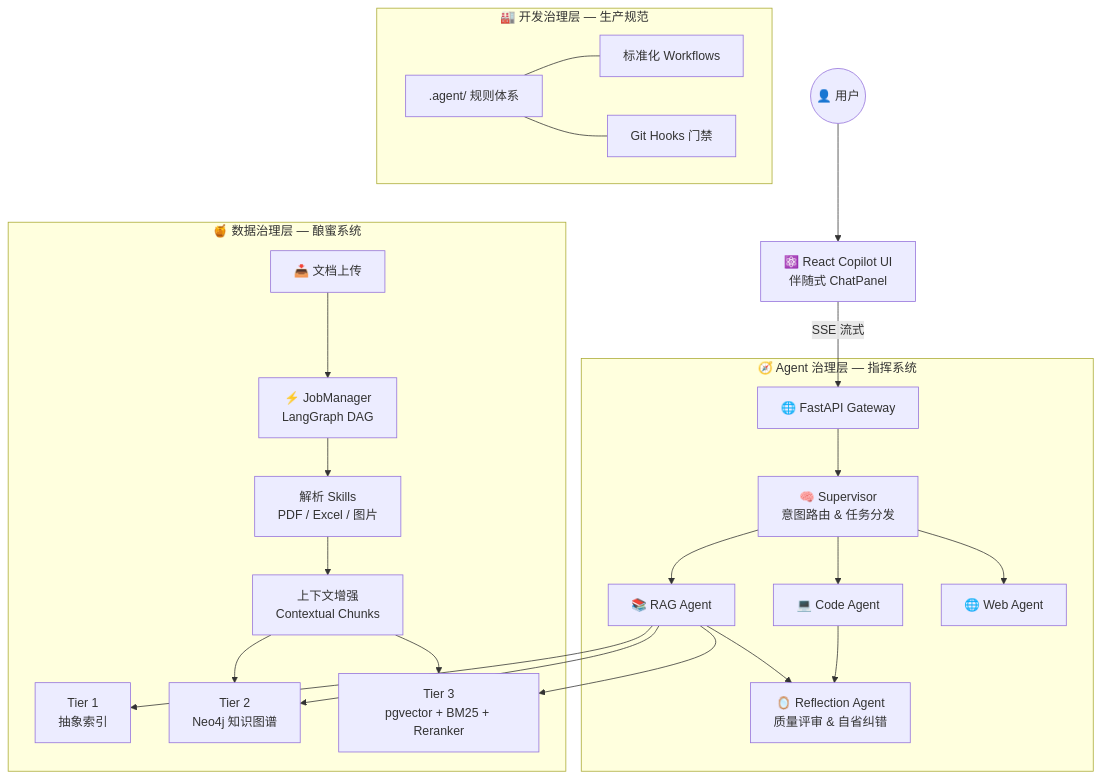
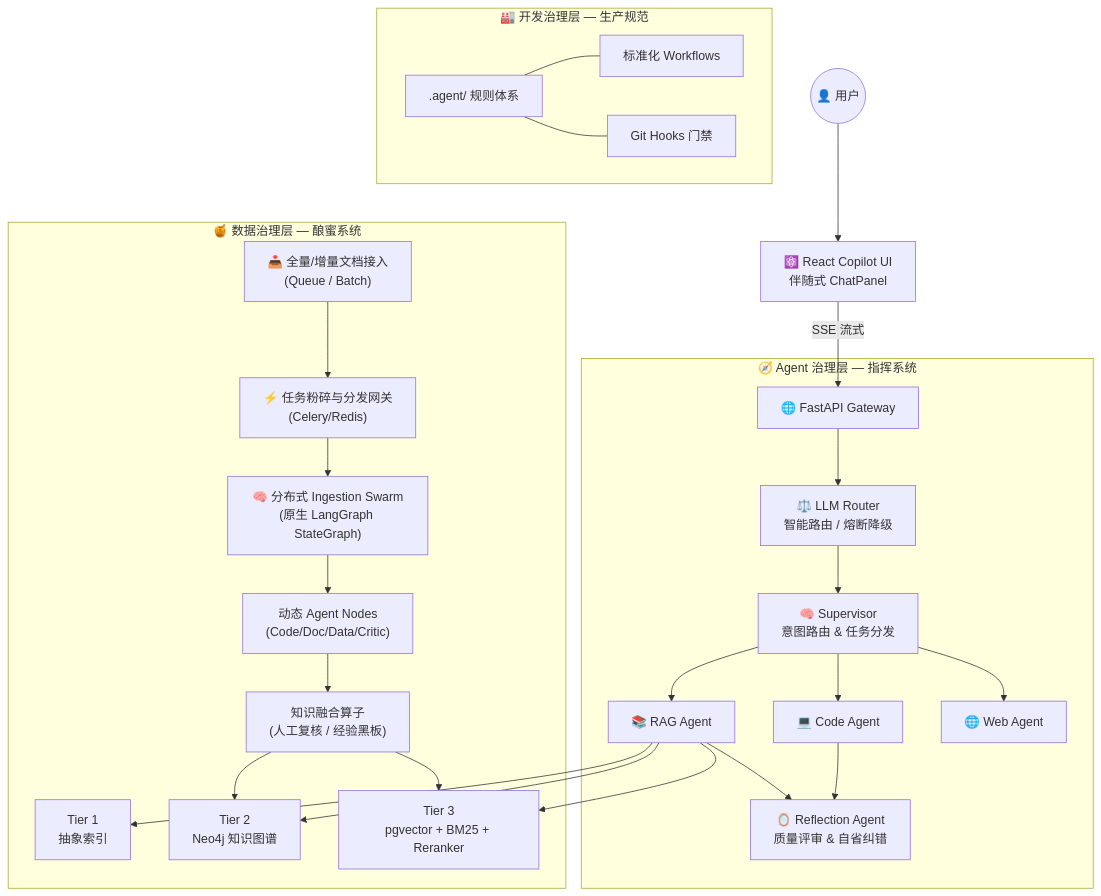
The diagram in README.md (zxl85813-web/HiveMind_RAG), drawn with Mermaid before and after one commit. The commit also changed other lines of this file and 8 other files, not shown here.

Commit message:
docs: integrate ClawRouter logic and Code Vault architecture to documentation

````diff
--- a/README.md
+++ b/README.md
@@ -58,32 +62,34 @@
 ```mermaid
 graph TD
     User((👤 用户)) --> UI["⚛️ React Copilot UI\n伴随式 ChatPanel"]
     UI -->|SSE 流式| API["🌐 FastAPI Gateway"]
 
     subgraph "🧭 Agent 治理层 — 指挥系统"
-        API --> Supervisor["🧠 Supervisor\n意图路由 & 任务分发"]
+        API --> Router["⚖️ LLM Router\n智能路由 / 熔断降级"]
+        Router --> Supervisor["🧠 Supervisor\n意图路由 & 任务分发"]
         Supervisor --> RAG["📚 RAG Agent"]
         Supervisor --> Code["💻 Code Agent"]
         Supervisor --> Web["🌐 Web Agent"]
         RAG & Code --> Reflection["🪞 Reflection Agent\n质量评审 & 自省纠错"]
     end
 
     subgraph "🍯 数据治理层 — 酿蜜系统"
         RAG --> T1["Tier 1\n抽象索引"]
         RAG --> T2["Tier 2\nNeo4j 知识图谱"]
         RAG --> T3["Tier 3\npgvector + BM25 + Reranker"]
-        Ingestion["📥 文档上传"] --> JobMgr["⚡ JobManager\nLangGraph DAG"]
-        JobMgr --> Parse["解析 Skills\nPDF / Excel / 图片"]
-        Parse --> Enrich["上下文增强\nContextual Chunks"]
+        Ingestion["📥 全量/增量文档接入\n(Queue / Batch)"] --> Dispatcher["⚡ 任务粉碎与分发网关\n(Celery/Redis)"]
+        Dispatcher --> JobMgr["🧠 分布式 Ingestion Swarm\n(原生 LangGraph StateGraph)"]
+        JobMgr --> Parse["动态 Agent Nodes\n(Code/Doc/Data/Critic)"]
+        Parse --> Enrich["知识融合算子\n(人工复核 / 经验黑板)"]
         Enrich --> T2
         Enrich --> T3
     end
 
     subgraph "🏭 开发治理层 — 生产规范"
         AgentRules[".agent/ 规则体系"]
         Workflows["标准化 Workflows"]
         GitHooks["Git Hooks 门禁"]
         AgentRules --- Workflows
         AgentRules --- GitHooks
     end
 ```
````
